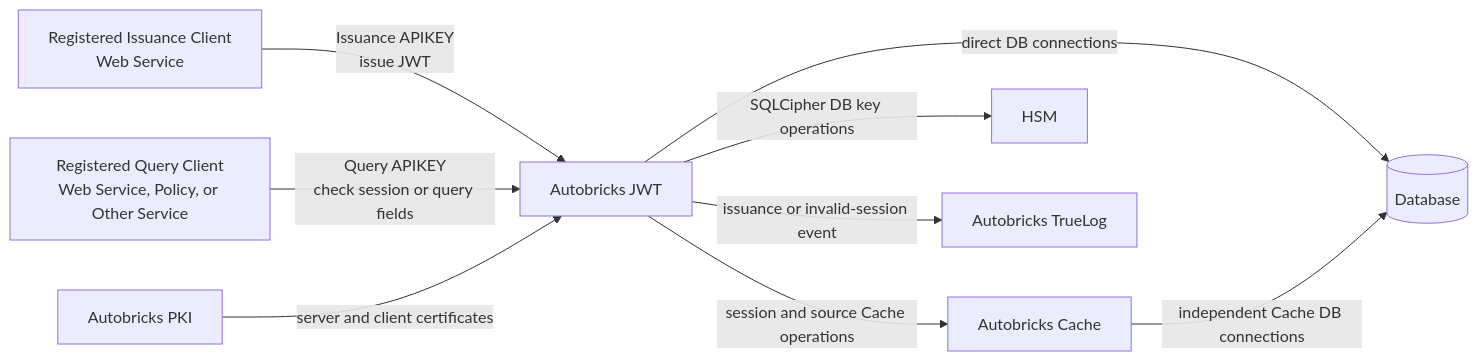
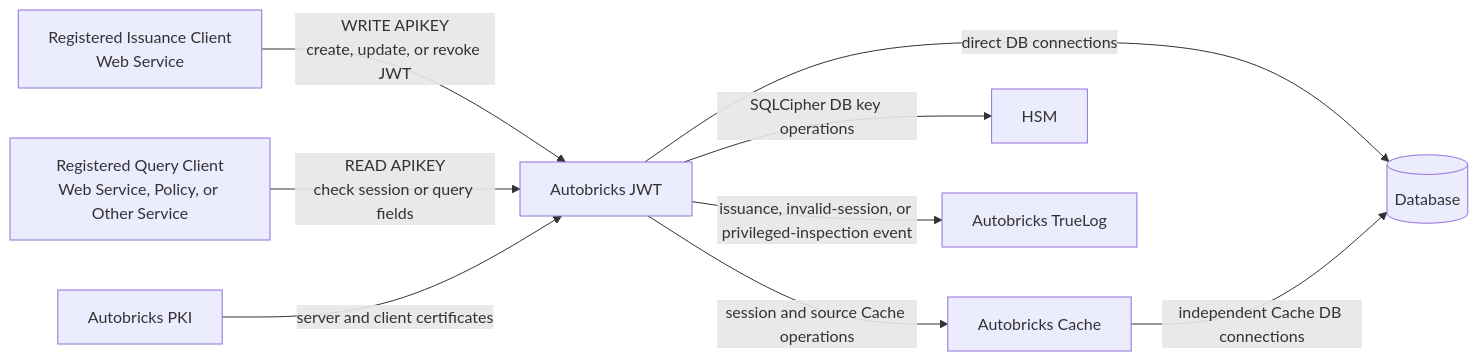
The first of 3 diagrams in ARCHITECTURE.md (pregene/autobricks-jwt), drawn with Mermaid before and after one commit. The commit also changed other lines of this file and 12 other files, not shown here.

````diff
--- a/ARCHITECTURE.md
+++ b/ARCHITECTURE.md
@@ -11,20 +9,20 @@
 ```mermaid
 flowchart LR
     Issuer[Registered Issuance Client<br/>Web Service]
     Client[Registered Query Client<br/>Web Service, Policy, or Other Service]
     JWT[Autobricks JWT]
     PKI[Autobricks PKI]
     Cache[Autobricks Cache]
     DB[(Database)]
     HSM[HSM]
     Log[Autobricks TrueLog]
 
-    Issuer -->|Issuance APIKEY\nissue JWT| JWT
-    Client -->|Query APIKEY\ncheck session or query fields| JWT
+    Issuer -->|WRITE APIKEY\ncreate, update, or revoke JWT| JWT
+    Client -->|READ APIKEY\ncheck session or query fields| JWT
     PKI -->|server and client certificates| JWT
     JWT -->|session and source Cache operations| Cache
     JWT -->|direct DB connections| DB
     Cache -->|independent Cache DB connections| DB
     JWT -->|SQLCipher DB key operations| HSM
-    JWT -->|issuance or invalid-session event| Log
+    JWT -->|issuance, invalid-session, or privileged-inspection event| Log
 ```
````
